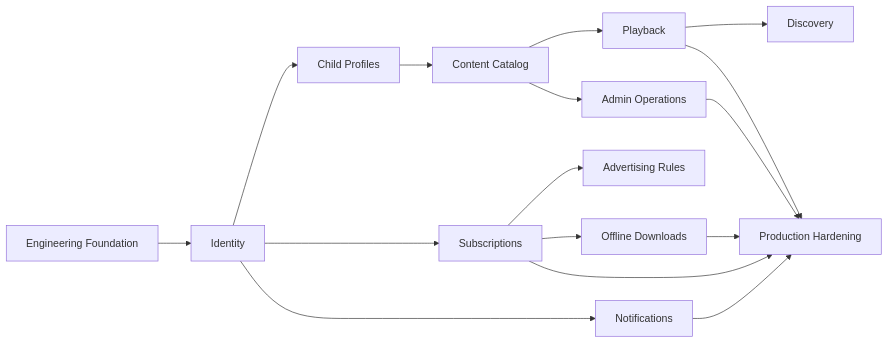
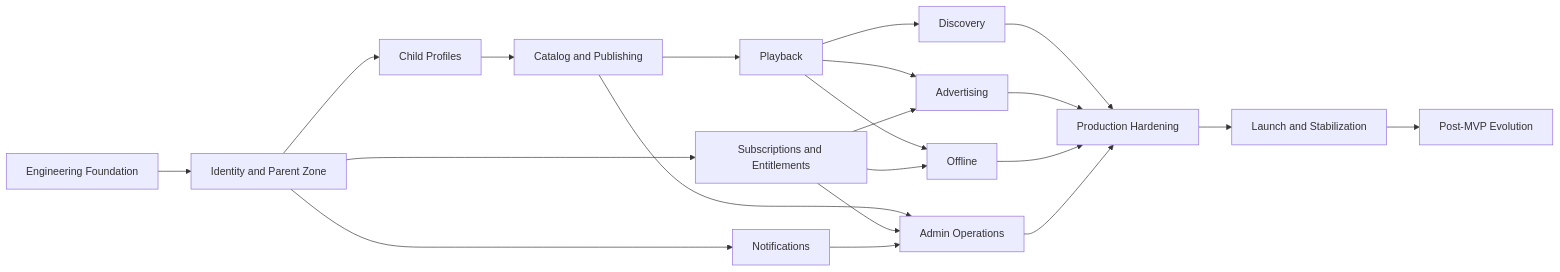
The diagram in docs/03_Architecture/Implementation_Roadmap.md (IoanMarian08/KidsAudioBookPlatform), drawn with Mermaid before and after one commit. The commit also changed other lines of this file, not shown here.

Commit message:
expand implementation roadmap

````diff
--- a/docs/03_Architecture/Implementation_Roadmap.md
+++ b/docs/03_Architecture/Implementation_Roadmap.md
@@ -268,18 +412,23 @@
 ```mermaid
 flowchart LR
-    F[Engineering Foundation] --> I[Identity]
+    F[Engineering Foundation] --> I[Identity and Parent Zone]
     I --> P[Child Profiles]
-    P --> C[Content Catalog]
+    P --> C[Catalog and Publishing]
     C --> R[Playback]
     R --> D[Discovery]
-    I --> S[Subscriptions]
-    S --> A[Advertising Rules]
-    S --> O[Offline Downloads]
+    I --> S[Subscriptions and Entitlements]
+    R --> A[Advertising]
+    S --> A
+    R --> O[Offline]
+    S --> O
     I --> N[Notifications]
     C --> M[Admin Operations]
-    R --> H[Production Hardening]
-    S --> H
+    S --> M
+    N --> M
+    D --> H[Production Hardening]
+    A --> H
     O --> H
-    N --> H
     M --> H
+    H --> L[Launch and Stabilization]
+    L --> E[Post-MVP Evolution]
 ```
````
